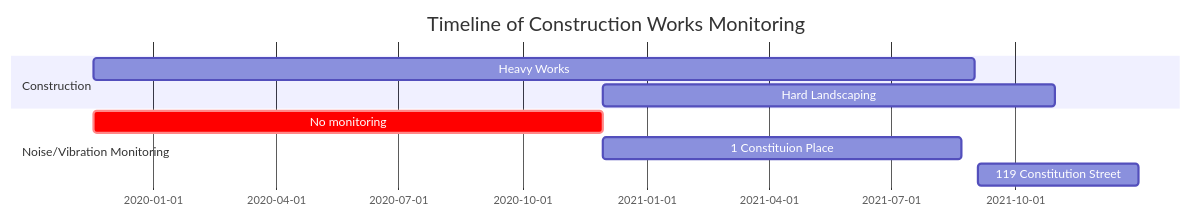
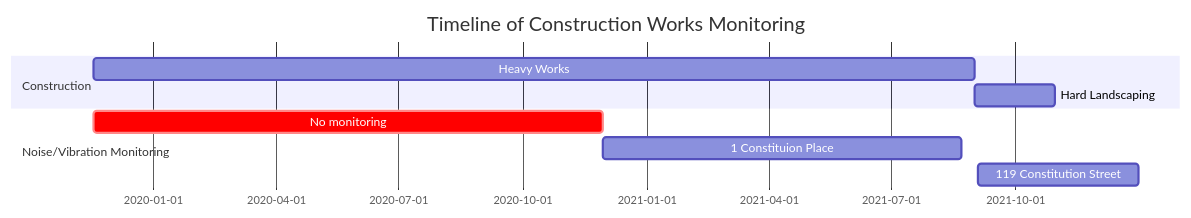
The diagram in issues-with-vibration-readings.md (mccabe082/4EdinburghCityCouncil), drawn with Mermaid before and after one commit.

Commit message:
fix vibration gantt

````diff
--- a/issues-with-vibration-readings.md
+++ b/issues-with-vibration-readings.md
@@ -18,18 +18,18 @@
 ```mermaid
 gantt
     todayMarker off
     title Timeline of Construction Works Monitoring
     dateFormat  DD-MM-YYYY
     section Construction
         Heavy Works : c1, 18-11-2019, 01-09-2021
-        Hard Landscaping : after c1  , 30-10-2021
+        Hard Landscaping : after c1, 30-10-2021
     section Noise/Vibration Monitoring
-        No monitoring :crit, c1, 18-11-2019, 29-11-2020
+        No monitoring :crit, 18-11-2019, 29-11-2020
         1 Constituion Place: s1, 29-11-2020, 22-08-2021
         119 Constitution Street: s2, 03-09-2021, 31-12-2021
         %% 1st FOI data: 07-01-2021, se0, 01-04-2021
     %%section Events
         %%initial viewing (trench): milestone, e1, 24-01-2020
         %%move in date: milestone, e2, 10-04-2020
         %%pavement smashed: milestone, e3, 07-01-2021
 ```
````
